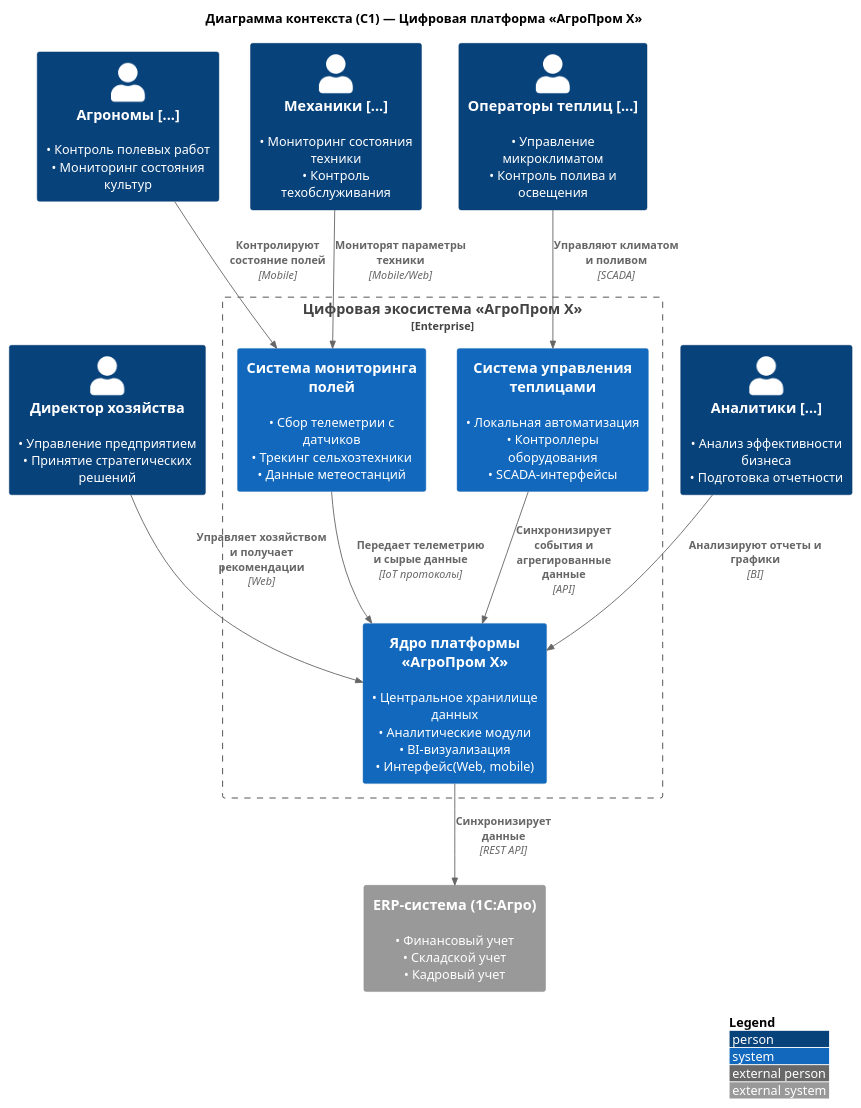
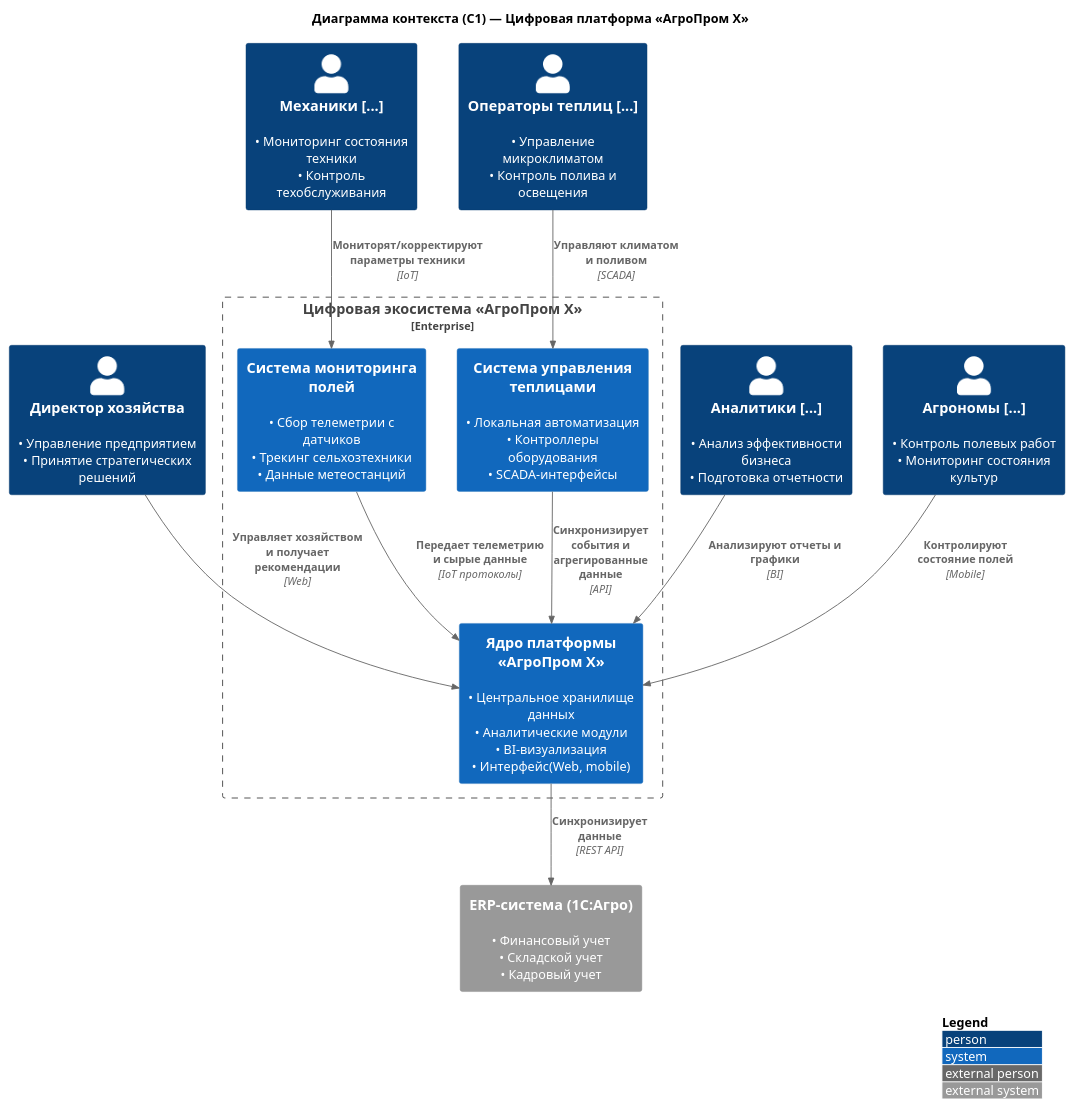
One commit to m0u5ec/MSA-AgroTech changed the diagram in Task1/C1.puml. Above: the diagram before and after it, drawn with PlantUML. The commit also changed 1 other file, not shown here.

```diff
--- a/Task1/C1.puml
+++ b/Task1/C1.puml
@@ -1,40 +1,41 @@
 @startuml
+
 !include https://raw.githubusercontent.com/plantuml-stdlib/C4-PlantUML/master/C4.puml
 !include https://raw.githubusercontent.com/plantuml-stdlib/C4-PlantUML/master/C4_Context.puml
 
 LAYOUT_WITH_LEGEND()
 
 title Диаграмма контекста (C1) — Цифровая платформа «АгроПром X»
 
 ' Пользователи
 Person(director, "Директор хозяйства", "• Управление предприятием\n• Принятие стратегических решений")
 Person(analyst, "Аналитики [...]", "• Анализ эффективности бизнеса\n• Подготовка отчетности")
 Person(agronom, "Агрономы [...]", "• Контроль полевых работ\n• Мониторинг состояния культур")
 Person(mechanic, "Механики [...]", "• Мониторинг состояния техники\n• Контроль техобслуживания")
 Person(operator, "Операторы теплиц [...]", "• Управление микроклиматом\n• Контроль полива и освещения")
 
 ' Внутренний контур предприятия
 Enterprise_Boundary(company, "Цифровая экосистема «АгроПром X»") {
     System(fields_sys, "Система мониторинга полей", "• Сбор телеметрии с датчиков\n• Трекинг сельхозтехники\n• Данные метеостанций")
     System(greenhouse_sys, "Система управления теплицами", "• Локальная автоматизация\n• Контроллеры оборудования\n• SCADA-интерфейсы")
     System(agroprom, "Ядро платформы «АгроПром X»", "• Центральное хранилище данных\n• Аналитические модули\n• BI-визуализация\n• Интерфейс(Web, mobile)")
 }
 
 ' Внешние системы
 System_Ext(erp, "ERP-система (1С:Агро)", "• Финансовый учет\n• Складской учет\n• Кадровый учет")
 
 ' Связи пользователей с системами
 Rel(director, agroprom, "Управляет хозяйством и получает рекомендации", "Web")
 Rel(analyst, agroprom, "Анализируют отчеты и графики", "BI")
-Rel(agronom, fields_sys, "Контролируют состояние полей", "Mobile")
-Rel(mechanic, fields_sys, "Мониторят параметры техники", "Mobile/Web")
+Rel(agronom, agroprom, "Контролируют состояние полей", "Mobile")
+Rel(mechanic, fields_sys, "Мониторят/корректируют параметры техники", "IoT")
 Rel(operator, greenhouse_sys, "Управляют климатом и поливом", "SCADA")
 
 ' Взаимодействие между внутренними системами
 Rel(fields_sys, agroprom, "Передает телеметрию и сырые данные", "IoT протоколы")
 Rel(greenhouse_sys, agroprom, "Синхронизирует события и агрегированные данные", "API")
 
 ' Связь с внешней системой
 Rel(agroprom, erp, "Синхронизирует данные", "REST API")
 
 @enduml
```
